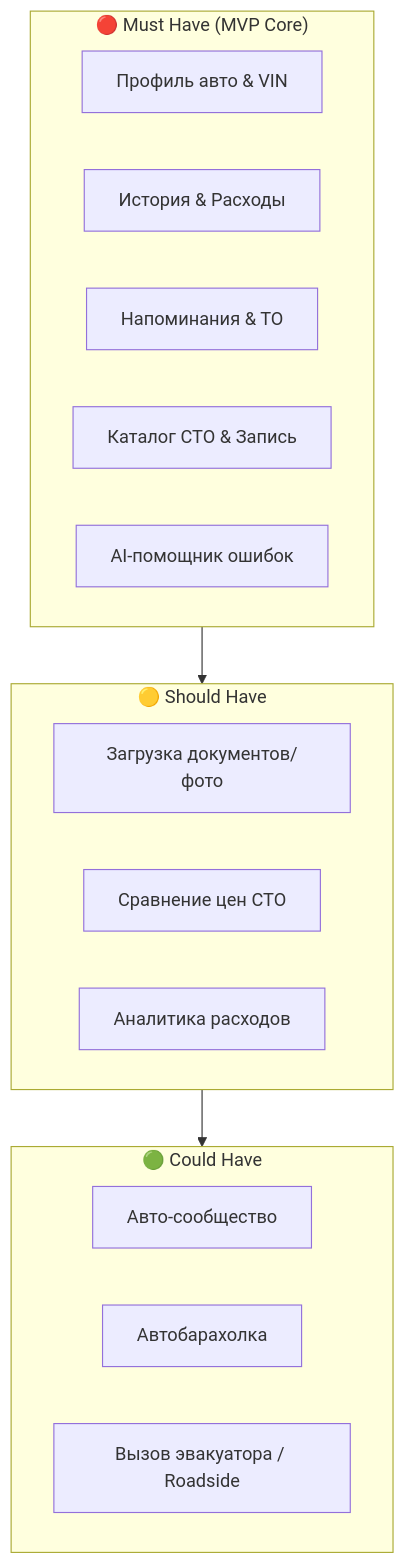
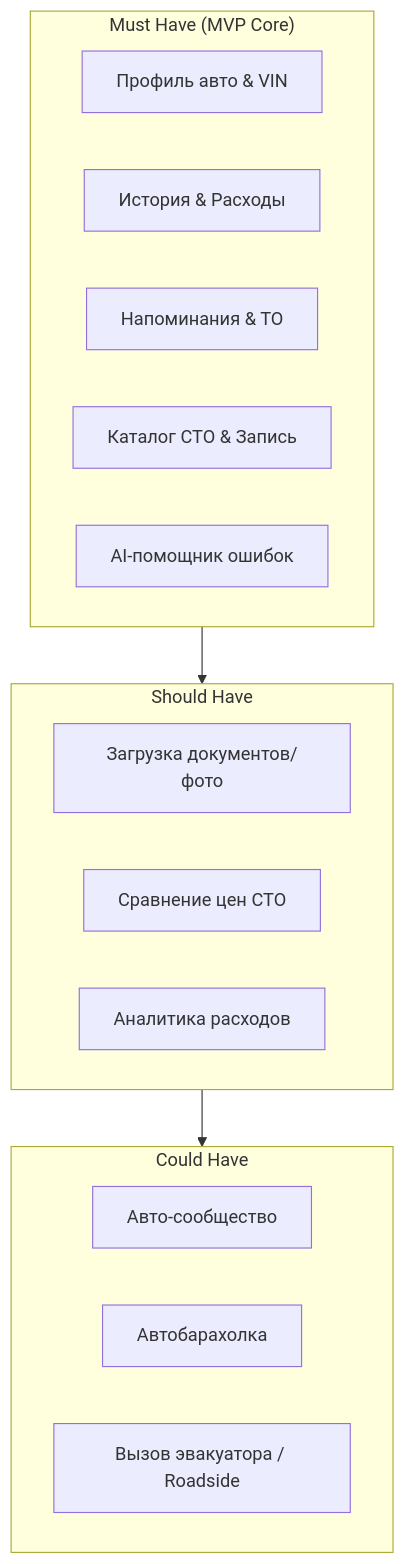
One commit to Yn1ro/pocket-garage changed the fourth of 5 diagrams in docs/ru/product/vision.md. Above: the diagram before and after it, drawn with Mermaid. The commit also changed other lines of this file, not shown here.

````diff
--- a/docs/ru/product/vision.md
+++ b/docs/ru/product/vision.md
@@ -127,25 +127,25 @@
 ```mermaid
 graph TD
-    subgraph Must_Have ["🔴 Must Have (MVP Core)"]
+    subgraph Must_Have [" Must Have (MVP Core)"]
         M1[Профиль авто & VIN]
         M2[История & Расходы]
         M3[Напоминания & ТО]
         M4[Каталог СТО & Запись]
         M5[AI-помощник ошибок]
     end
 
-    subgraph Should_Have ["🟡 Should Have"]
+    subgraph Should_Have [" Should Have"]
         S1[Загрузка документов/фото]
         S2[Сравнение цен СТО]
         S3[Аналитика расходов]
     end
 
-    subgraph Could_Have ["🟢 Could Have"]
+    subgraph Could_Have [" Could Have"]
         C1[Авто-сообщество]
         C2[Автобарахолка]
         C3[Вызов эвакуатора / Roadside]
     end
 
     Must_Have --> Should_Have --> Could_Have
 
 ```
````
